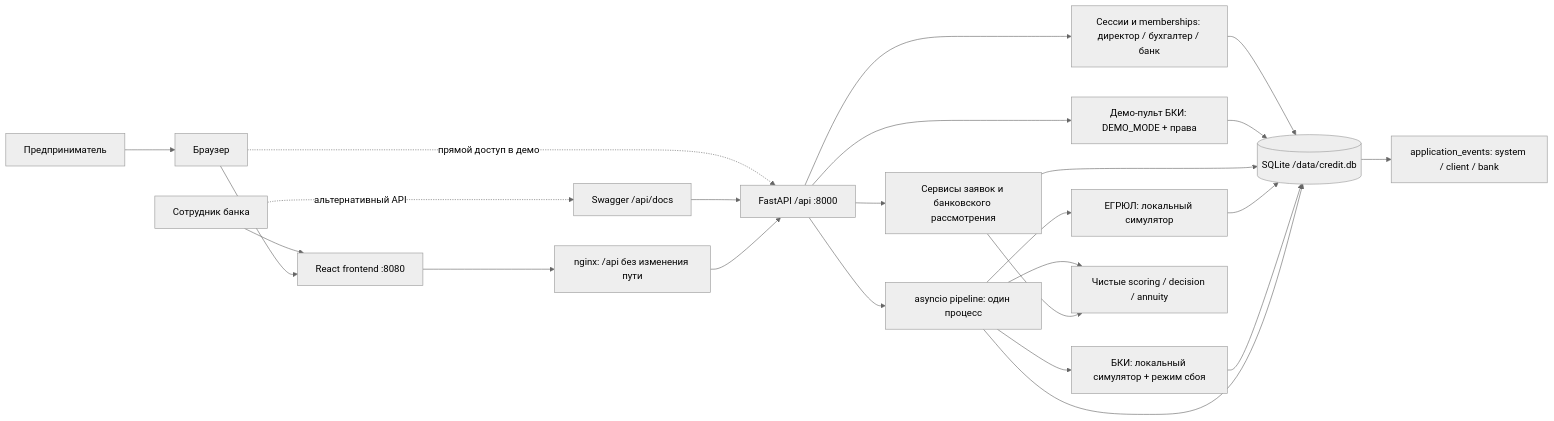
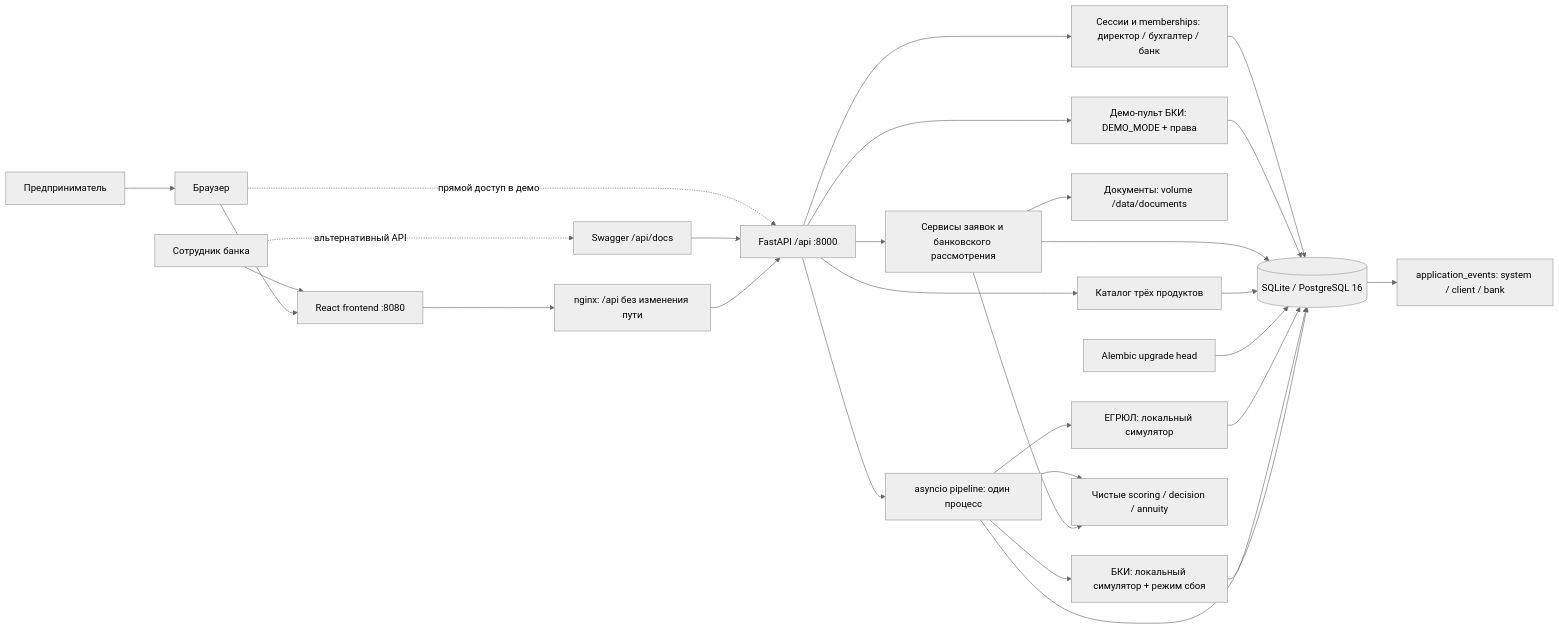
One commit to arsapeworldwide/alpha-hack changed the diagram in docs/ARCHITECTURE.md. Above: the diagram before and after it, drawn with Mermaid (neutral theme). The commit also changed other lines of this file and 18 other files, not shown here.

````diff
--- a/docs/ARCHITECTURE.md
+++ b/docs/ARCHITECTURE.md
@@ -3,26 +3,30 @@
 ```mermaid
 flowchart LR
     User[Предприниматель] --> Browser[Браузер]
     Bank[Сотрудник банка] --> Frontend
     Bank -. альтернативный API .-> Swagger[Swagger /api/docs]
     Browser --> Frontend[React frontend :8080]
     Frontend --> Nginx[nginx: /api без изменения пути]
     Browser -. прямой доступ в демо .-> API[FastAPI /api :8000]
     Swagger --> API
     Nginx --> API
     API --> Service[Сервисы заявок и банковского рассмотрения]
     API --> Access[Сессии и memberships: директор / бухгалтер / банк]
     Access --> DB
     API --> Controls[Демо-пульт БКИ: DEMO_MODE + права]
     Controls --> DB
-    Service --> DB[(SQLite /data/credit.db)]
+    Service --> DB[(SQLite / PostgreSQL 16)]
+    Service --> Files[Документы: volume /data/documents]
+    API --> Products[Каталог трёх продуктов]
+    Products --> DB
+    Migrations[Alembic upgrade head] --> DB
     API --> Pipeline[asyncio pipeline: один процесс]
     Pipeline --> Egrul[ЕГРЮЛ: локальный симулятор]
     Pipeline --> Bki[БКИ: локальный симулятор + режим сбоя]
     Egrul --> DB
     Bki --> DB
     Pipeline --> Domain[Чистые scoring / decision / annuity]
     Pipeline --> DB
     Service --> Domain
     DB --> Events[application_events: system / client / bank]
 ```
````
